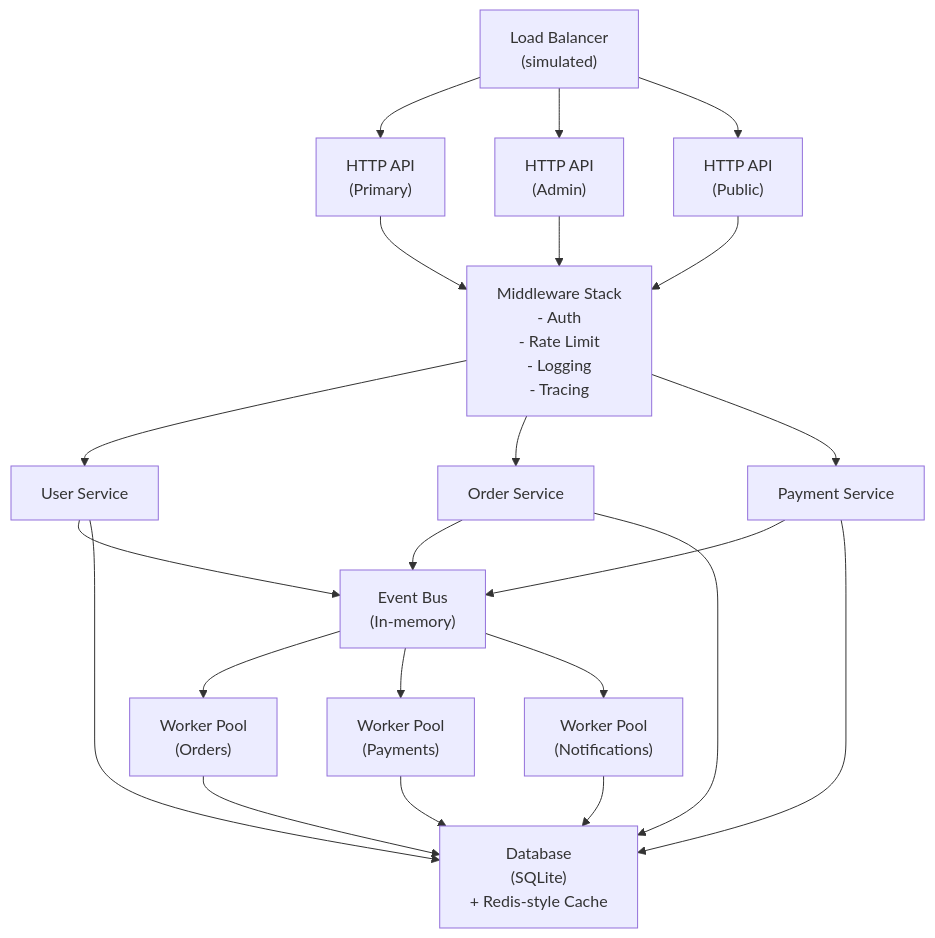
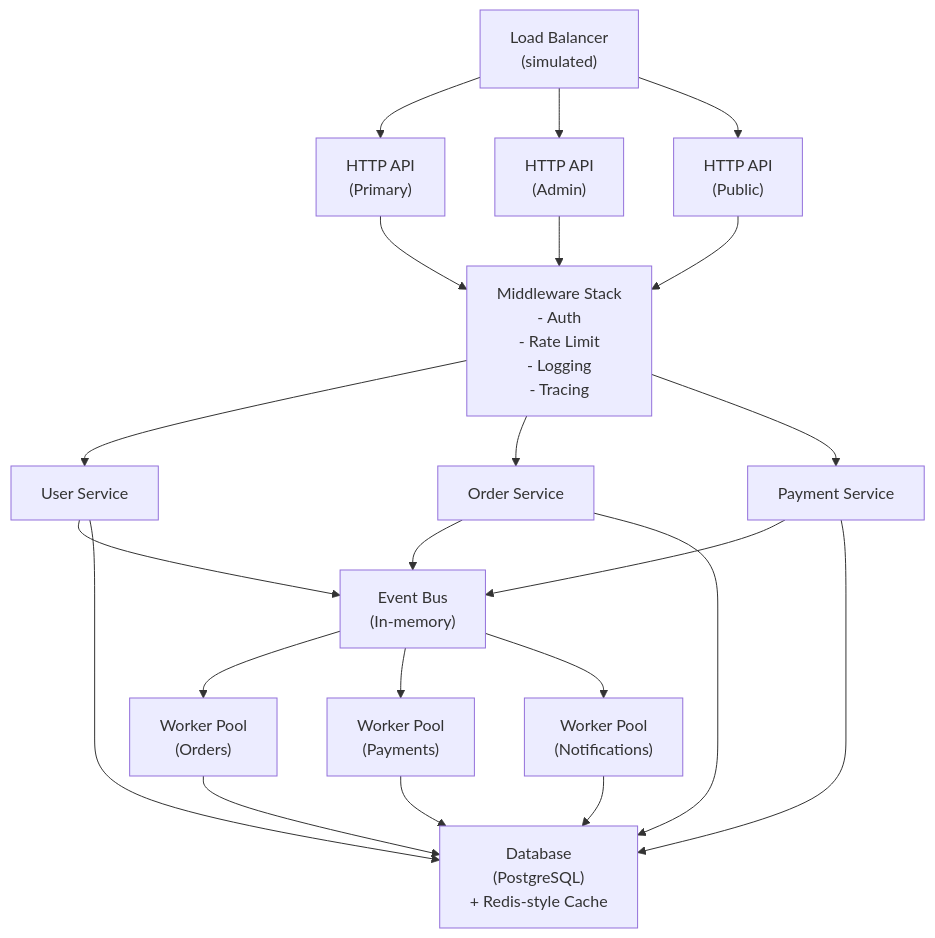
One commit to swe-labs/the-go-engineer changed the diagram in docs/flagship/OPSLANE_SAAS_BACKEND.md. Above: the diagram before and after it, drawn with Mermaid. The commit also changed other lines of this file and 18 other files, not shown here.

First line of the commit message:
[FEAT] add Opslane module 2 PostgreSQL foundation (#390)

````diff
--- a/docs/flagship/OPSLANE_SAAS_BACKEND.md
+++ b/docs/flagship/OPSLANE_SAAS_BACKEND.md
@@ -38,49 +38,49 @@
 ```mermaid
 flowchart TD
     LB["Load Balancer<br/>(simulated)"]
 
     APIPrimary["HTTP API<br/>(Primary)"]
     APIAdmin["HTTP API<br/>(Admin)"]
     APIPublic["HTTP API<br/>(Public)"]
 
     MW["Middleware Stack<br/>- Auth<br/>- Rate Limit<br/>- Logging<br/>- Tracing"]
 
     UserSvc["User Service"]
     OrderSvc["Order Service"]
     PaymentSvc["Payment Service"]
 
     Bus["Event Bus<br/>(In-memory)"]
 
     OrderWorkers["Worker Pool<br/>(Orders)"]
     PaymentWorkers["Worker Pool<br/>(Payments)"]
     NotificationWorkers["Worker Pool<br/>(Notifications)"]
 
-    DB["Database<br/>(SQLite)<br/>+ Redis-style Cache"]
+    DB["Database<br/>(PostgreSQL)<br/>+ Redis-style Cache"]
 
     LB --> APIPrimary
     LB --> APIAdmin
     LB --> APIPublic
 
     APIPrimary --> MW
     APIAdmin --> MW
     APIPublic --> MW
 
     MW --> UserSvc
     MW --> OrderSvc
     MW --> PaymentSvc
 
     UserSvc --> Bus
     OrderSvc --> Bus
     PaymentSvc --> Bus
 
     Bus --> OrderWorkers
     Bus --> PaymentWorkers
     Bus --> NotificationWorkers
 
     UserSvc --> DB
     OrderSvc --> DB
     PaymentSvc --> DB
     OrderWorkers --> DB
     PaymentWorkers --> DB
     NotificationWorkers --> DB
 ```
````
